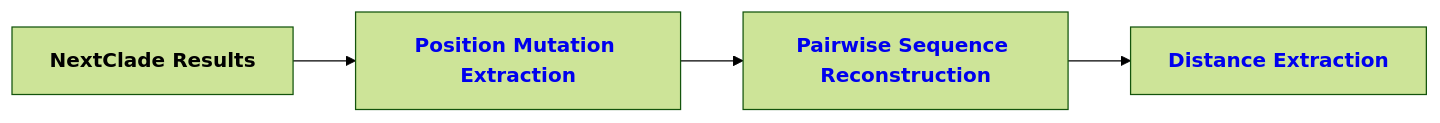
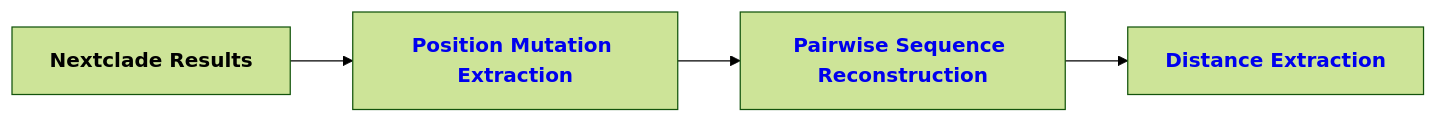
Before and after one commit to DiltheyLab/GENTRAIN: the fourth of 14 diagrams in documentation/docs/developers/genomic_operations.md, drawn with Mermaid (forest theme). The commit also changed other lines of this file, not shown here.

Commit message:
docs: cleanup sequence diagrams

````diff
--- a/documentation/docs/developers/genomic_operations.md
+++ b/documentation/docs/developers/genomic_operations.md
@@ -177,6 +173,6 @@
 ```mermaid
 graph LR
-A[<b>NextClade Results</b>]-->B[<b><a href='/developers/genomic_operations#sequence-analysis' style="text-decoration: none;">Position Mutation Extraction</a></b>]
+A[<b>Nextclade Results</b>]-->B[<b><a href='/developers/genomic_operations#sequence-analysis' style="text-decoration: none;">Position Mutation Extraction</a></b>]
 B -->C[<b><a href='/developers/genomic_operations#distance-calculation' style="text-decoration: none;">Pairwise Sequence Reconstruction</a></b>]
 C -->D[<b><a href='/developers/genomic_operations#distance-matrix-assembling' style="text-decoration: none;">Distance Extraction</a></b>]
 ```
````
